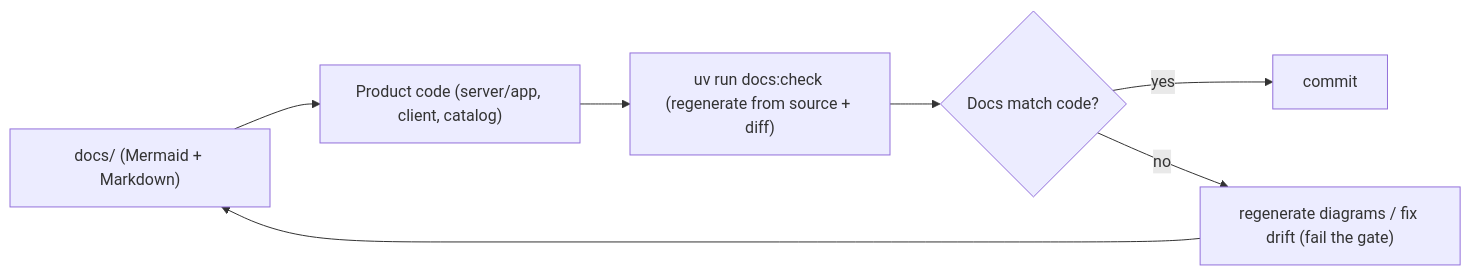
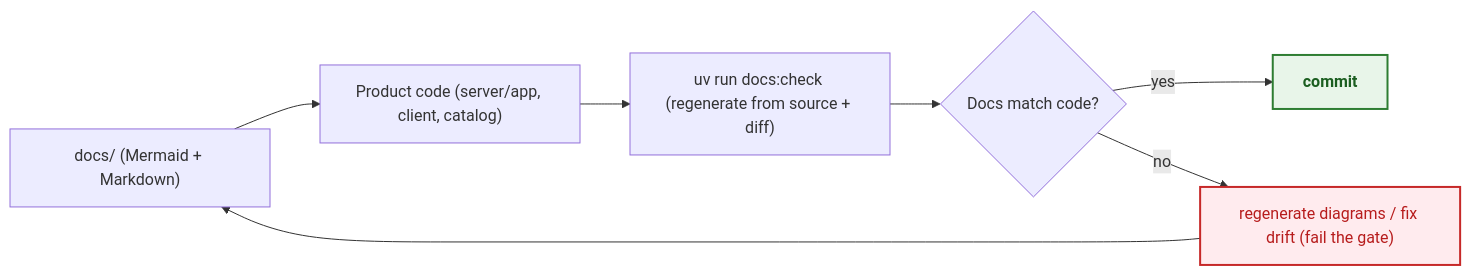
One commit to Ember96/Heirs-of-the-Abyss changed the second of 2 diagrams in docs/02-architecture.md. Above: the diagram before and after it, drawn with Mermaid. The commit also changed other lines of this file and 9 other files, not shown here.

Commit message:
docs: color-code mermaid diagrams + specs/README with statement-type conventions

````diff
--- a/docs/02-architecture.md
+++ b/docs/02-architecture.md
@@ -39,9 +45,12 @@
 ```mermaid
 flowchart LR
+  classDef ok  fill:#E8F5E9,stroke:#2E7D32,stroke-width:2px,color:#1B5E20,font-weight:bold
+  classDef bad fill:#FFEBEE,stroke:#C62828,stroke-width:2px,color:#B71C1C
+
   A["docs/ (Mermaid + Markdown)"] --> B["Product code (server/app, client, catalog)"]
   B --> C["uv run docs:check (regenerate from source + diff)"]
   C --> D{"Docs match code?"}
-  D -->|yes| E["commit"]
-  D -->|no| F["regenerate diagrams / fix drift (fail the gate)"]
+  D -->|yes| E["commit"]:::ok
+  D -->|no| F["regenerate diagrams / fix drift (fail the gate)"]:::bad
   F --> A
 ```
````
